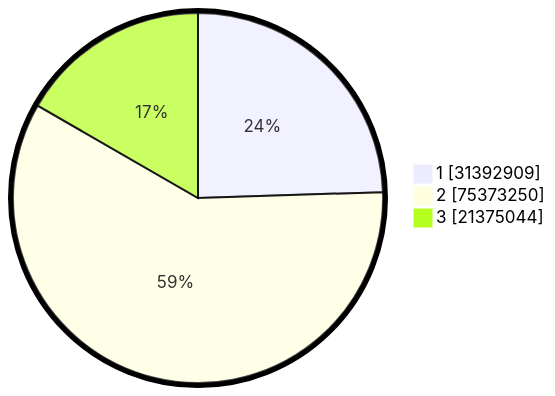
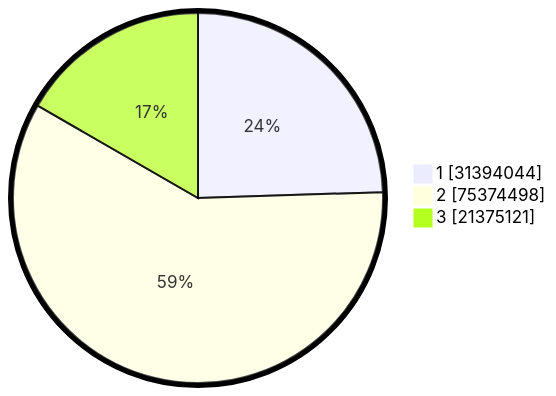
Before and after one commit to gigit-pemilu/pemilu-2024: the second of 2 diagrams in pilpres/hitung-suara/README.md, drawn with Mermaid. The commit also changed other lines of this file and 6 other files, not shown here.

````diff
--- a/pilpres/hitung-suara/README.md
+++ b/pilpres/hitung-suara/README.md
@@ -93,7 +93,7 @@
 ```mermaid
 %%{init: {"pie": {"textPosition": 0.5}, "themeVariables": {"pieOuterStrokeWidth": "5px"}} }%%
 pie showData
-    "1" : 31392909
-    "2" : 75373250
-    "3" : 21375044
+    "1" : 31394044
+    "2" : 75374498
+    "3" : 21375121
 ```
````
